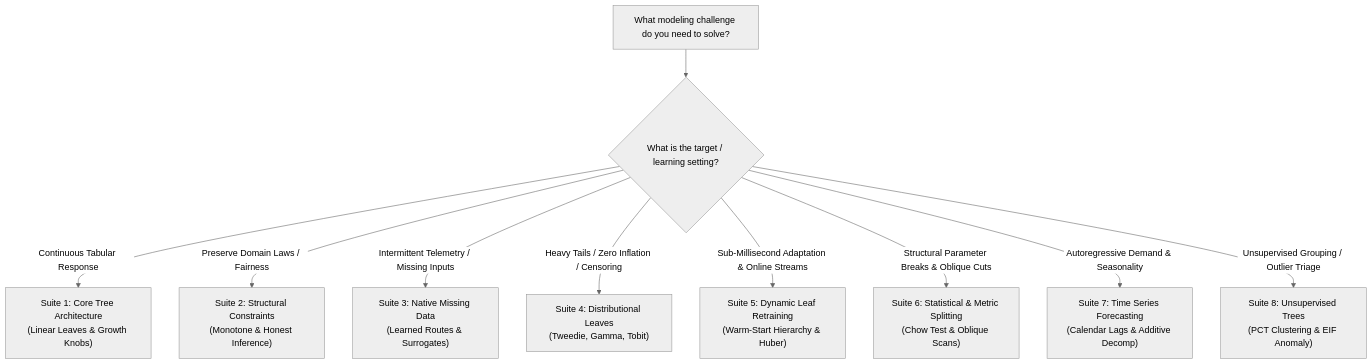
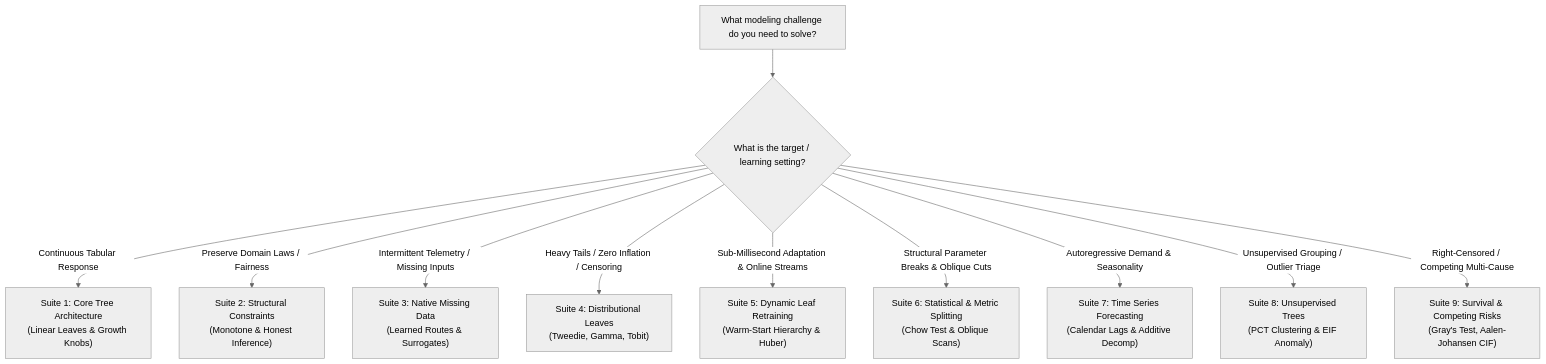
The diagram in docs/examples/index.md (jkapila/mltreelib), drawn with Mermaid (neutral theme) before and after one commit. The commit also changed other lines of this file and 4 other files, not shown here.

Commit message:
docs(examples): promote survival & competing risks to suite 9

````diff
--- a/docs/examples/index.md
+++ b/docs/examples/index.md
@@ -105,13 +114,14 @@
 ```mermaid
 flowchart TD
     Start["What modeling challenge do you need to solve?"] --> Q1{"What is the target / learning setting?"}
     
     Q1 -- "Continuous Tabular Response" --> A1["Suite 1: Core Tree Architecture\n(Linear Leaves & Growth Knobs)"]
     Q1 -- "Preserve Domain Laws / Fairness" --> A2["Suite 2: Structural Constraints\n(Monotone & Honest Inference)"]
     Q1 -- "Intermittent Telemetry / Missing Inputs" --> A3["Suite 3: Native Missing Data\n(Learned Routes & Surrogates)"]
     Q1 -- "Heavy Tails / Zero Inflation / Censoring" --> A4["Suite 4: Distributional Leaves\n(Tweedie, Gamma, Tobit)"]
     Q1 -- "Sub-Millisecond Adaptation & Online Streams" --> A5["Suite 5: Dynamic Leaf Retraining\n(Warm-Start Hierarchy & Huber)"]
     Q1 -- "Structural Parameter Breaks & Oblique Cuts" --> A6["Suite 6: Statistical & Metric Splitting\n(Chow Test & Oblique Scans)"]
     Q1 -- "Autoregressive Demand & Seasonality" --> A7["Suite 7: Time Series Forecasting\n(Calendar Lags & Additive Decomp)"]
     Q1 -- "Unsupervised Grouping / Outlier Triage" --> A8["Suite 8: Unsupervised Trees\n(PCT Clustering & EIF Anomaly)"]
+    Q1 -- "Right-Censored / Competing Multi-Cause" --> A9["Suite 9: Survival & Competing Risks\n(Gray's Test, Aalen-Johansen CIF)"]
 ```
````
